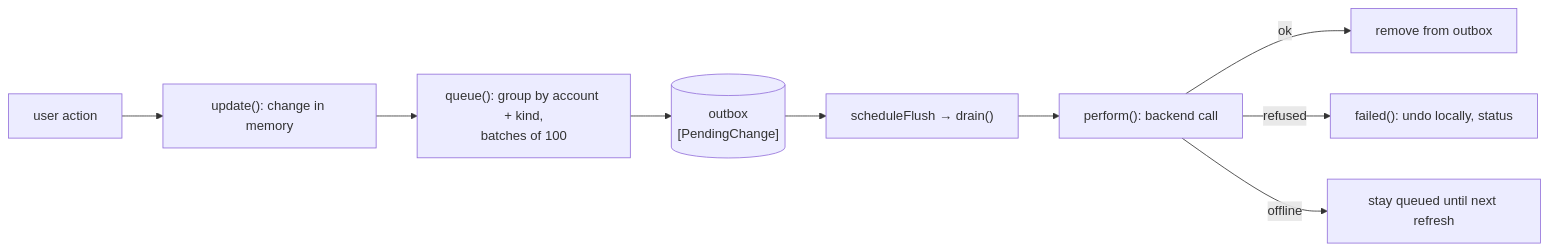
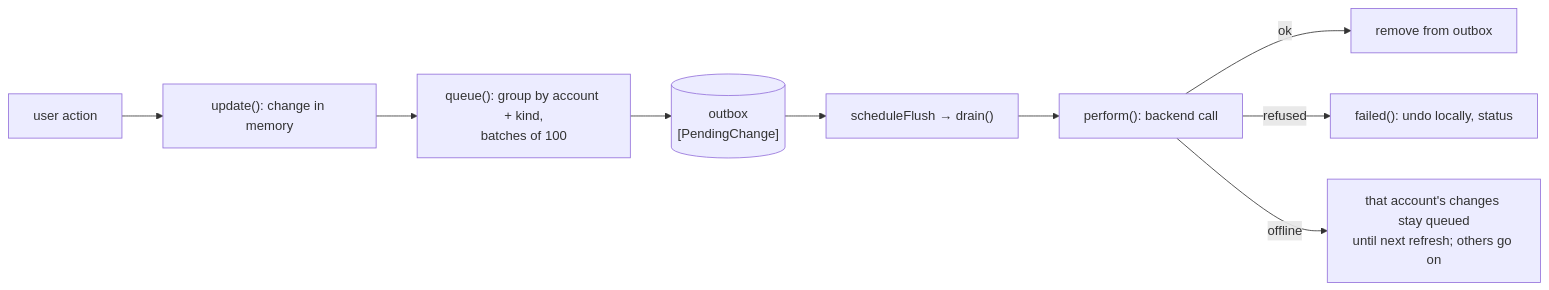
The second of 2 diagrams in specs/system/architecture.md (tillg/MacExchangeClient), drawn with Mermaid before and after one commit. The commit also changed other lines of this file and 3 other files, not shown here.

````diff
--- a/specs/system/architecture.md
+++ b/specs/system/architecture.md
@@ -99,8 +99,8 @@
 ```mermaid
 flowchart LR
     U["user action"] --> UP["update(): change in memory"] --> Q["queue(): group by account + kind,<br/>batches of 100"] --> O[("outbox<br/>[PendingChange]")]
     O --> F["scheduleFlush → drain()"] --> P["perform(): backend call"]
     P -->|ok| R["remove from outbox"]
     P -->|refused| FL["failed(): undo locally, status"]
-    P -->|offline| W["stay queued until next refresh"]
+    P -->|offline| W["that account's changes stay queued<br/>until next refresh; others go on"]
 ```
````
